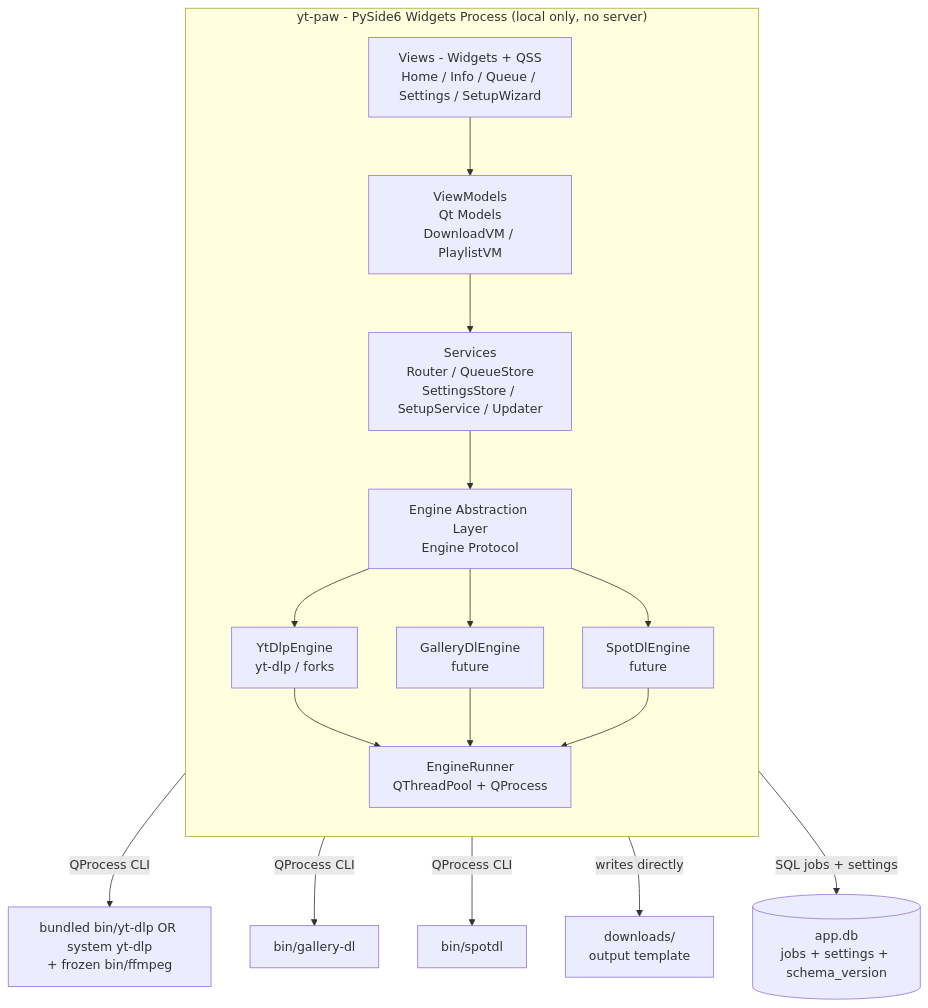
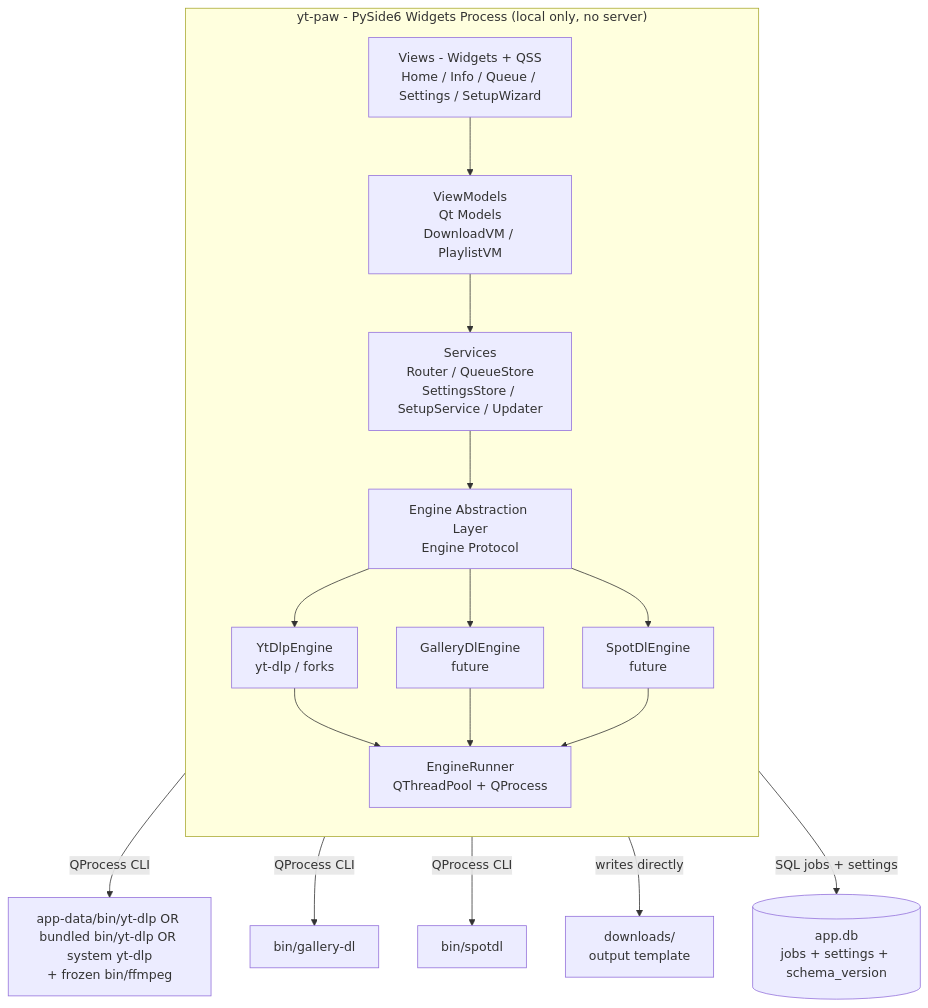
Before and after one commit to icebarf/yt-paw: the first of 4 diagrams in docs/architecture.md, drawn with Mermaid. The commit also changed other lines of this file and 2 other files, not shown here.

Commit message:
reflect yt-dlp auto-update in docs as well

````diff
--- a/docs/architecture.md
+++ b/docs/architecture.md
@@ -101,21 +101,21 @@
 ```mermaid
 flowchart TB
     subgraph APP["yt-paw - PySide6 Widgets Process (local only, no server)"]
         direction TB
         VIEWS["Views - Widgets + QSS<br/>Home / Info / Queue / Settings / SetupWizard"]
         VM["ViewModels<br/>Qt Models<br/>DownloadVM / PlaylistVM"]
         SVC["Services<br/>Router / QueueStore<br/>SettingsStore / SetupService / Updater"]
         ENG_L["Engine Abstraction Layer<br/>Engine Protocol"]
         YT["YtDlpEngine<br/>yt-dlp / forks"]
         GAL["GalleryDlEngine<br/>future"]
         SPOT["SpotDlEngine<br/>future"]
         RUN["EngineRunner<br/>QThreadPool + QProcess"]
         VIEWS --> VM --> SVC --> ENG_L
         ENG_L --> YT & GAL & SPOT --> RUN
     end
-    YT -->|QProcess CLI| BIN1["bundled bin/yt-dlp OR system yt-dlp<br/>+ frozen bin/ffmpeg"]
+    YT -->|QProcess CLI| BIN1["app-data/bin/yt-dlp OR bundled bin/yt-dlp OR system yt-dlp<br/>+ frozen bin/ffmpeg"]
     GAL -->|QProcess CLI| BIN2["bin/gallery-dl"]
     SPOT -->|QProcess CLI| BIN3["bin/spotdl"]
     RUN -->|writes directly| DL["downloads/<br/>output template"]
     SVC -->|SQL jobs + settings| DB[("app.db<br/>jobs + settings + schema_version")]
 ```
````
